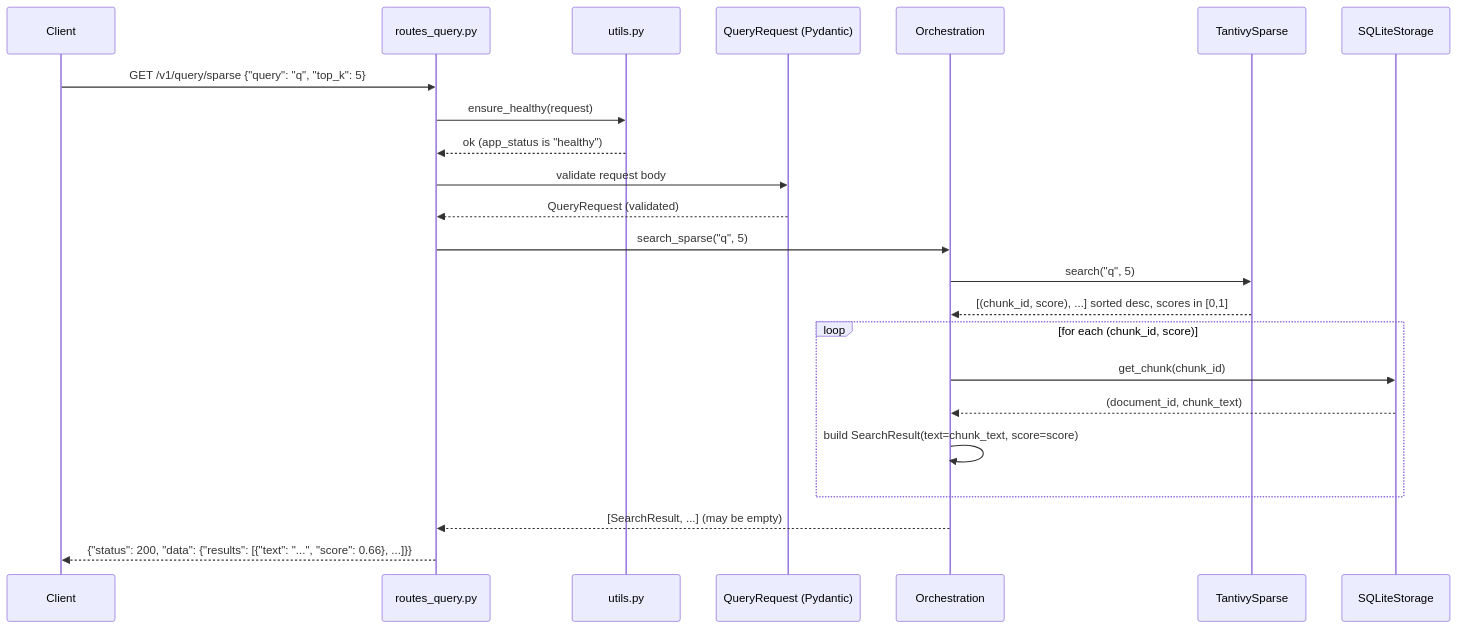
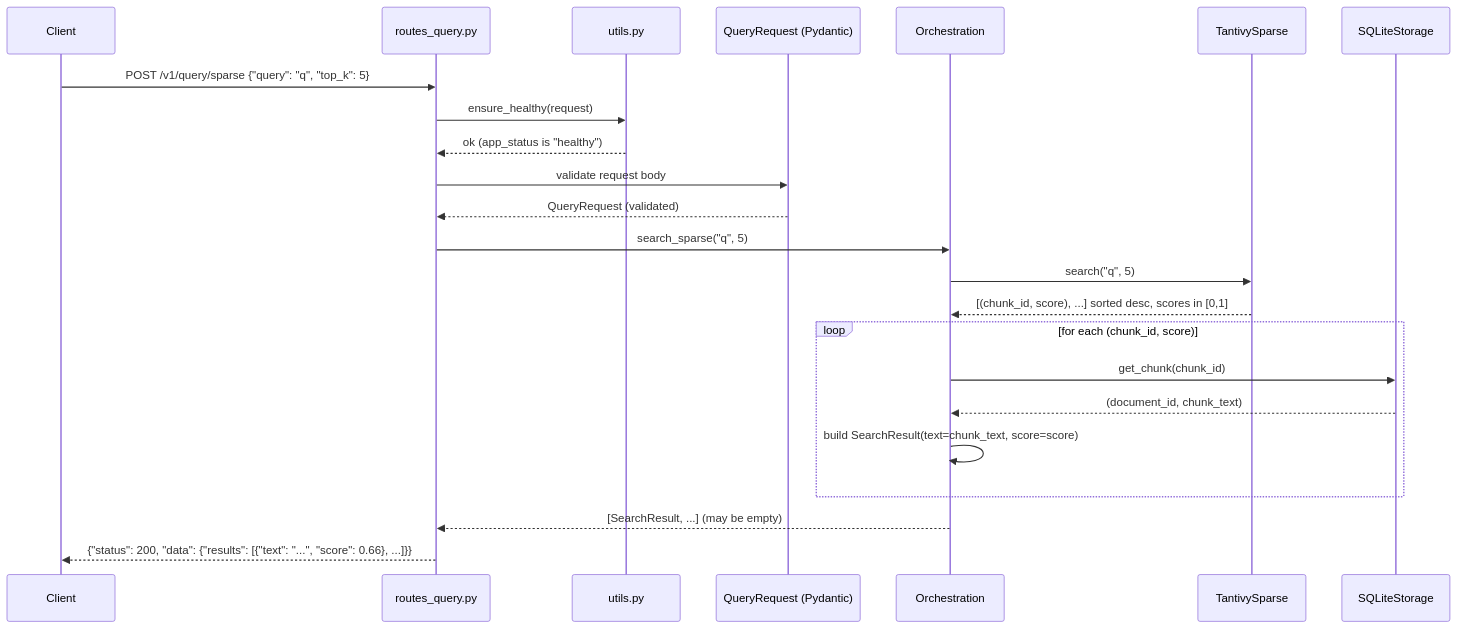
Before and after one commit to florianbuetow/mini-rag: the sixth of 9 diagrams in docs/SPECIFICATION-DATA-FLOW.md, drawn with Mermaid. The commit also changed other lines of this file and 11 other files, not shown here.

````diff
--- a/docs/SPECIFICATION-DATA-FLOW.md
+++ b/docs/SPECIFICATION-DATA-FLOW.md
@@ -455,26 +458,26 @@
 ```mermaid
 sequenceDiagram
     participant C as Client
     participant R as routes_query.py
     participant U as utils.py
     participant PM as QueryRequest (Pydantic)
     participant O as Orchestration
     participant SP as TantivySparse
     participant ST as SQLiteStorage
 
-    C->>R: GET /v1/query/sparse {"query": "q", "top_k": 5}
+    C->>R: POST /v1/query/sparse {"query": "q", "top_k": 5}
     R->>U: ensure_healthy(request)
     U-->>R: ok (app_status is "healthy")
     R->>PM: validate request body
     PM-->>R: QueryRequest (validated)
     R->>O: search_sparse("q", 5)
     O->>SP: search("q", 5)
     SP-->>O: [(chunk_id, score), ...] sorted desc, scores in [0,1]
     loop for each (chunk_id, score)
         O->>ST: get_chunk(chunk_id)
         ST-->>O: (document_id, chunk_text)
         O->>O: build SearchResult(text=chunk_text, score=score)
     end
     O-->>R: [SearchResult, ...] (may be empty)
     R-->>C: {"status": 200, "data": {"results": [{"text": "...", "score": 0.66}, ...]}}
 ```
````
